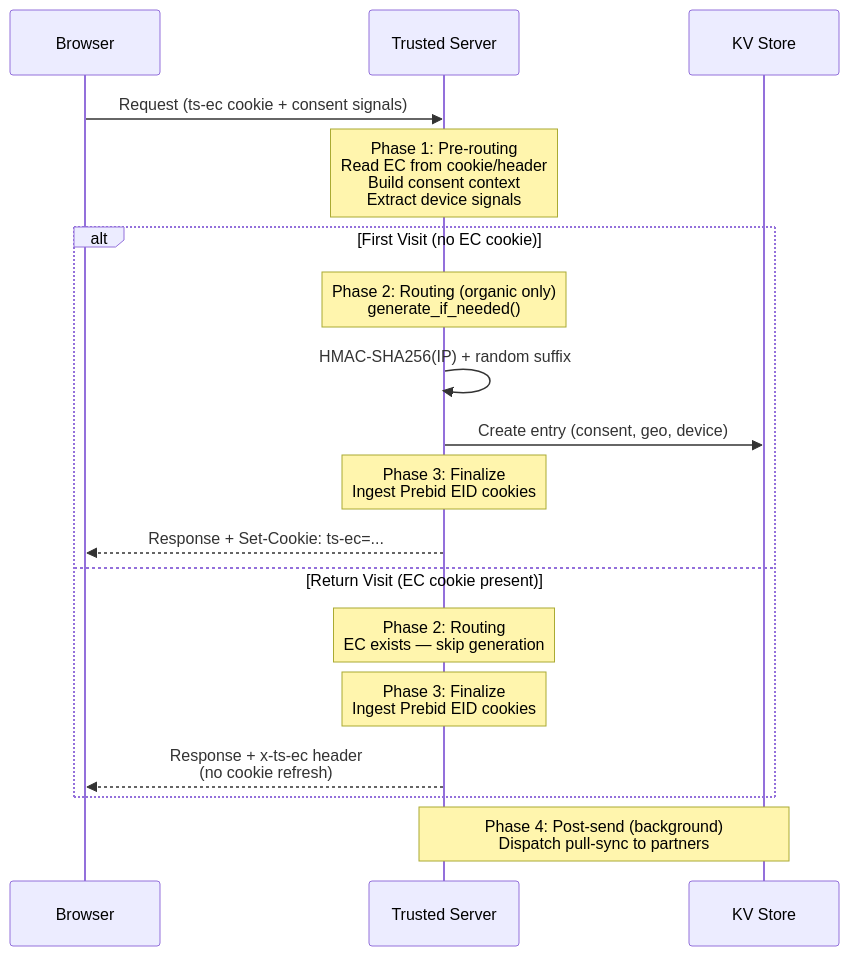
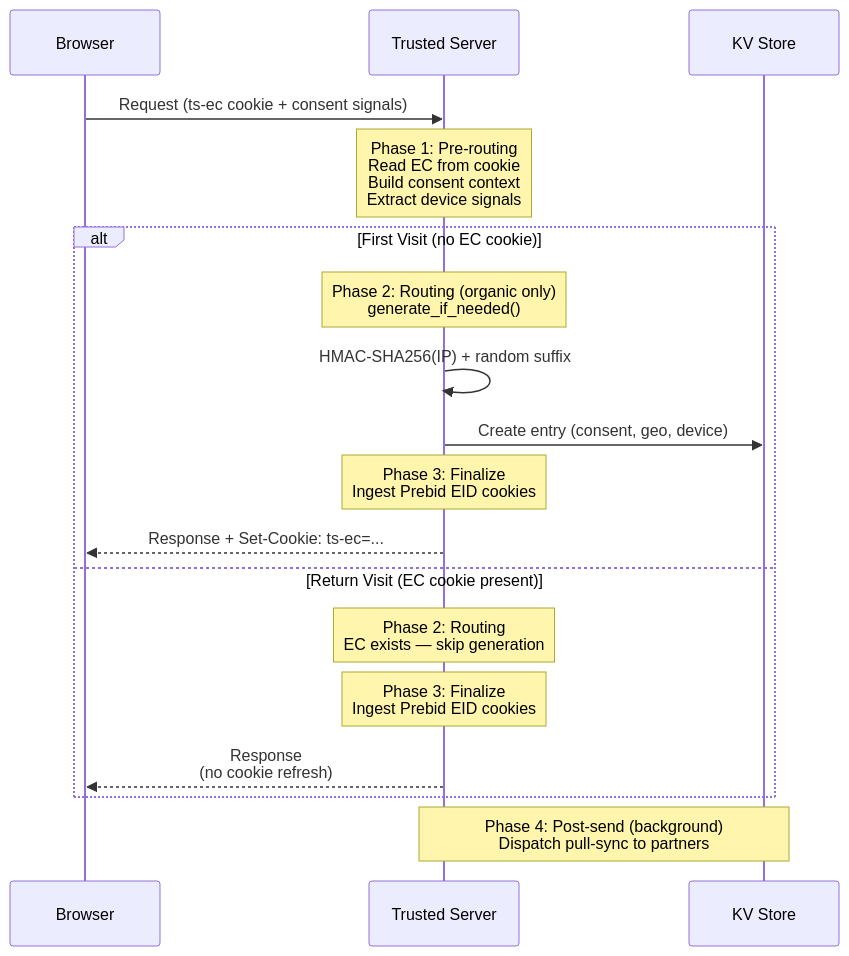
One commit to IABTechLab/trusted-server changed the first of 6 diagrams in docs/guide/edge-cookies.md. Above: the diagram before and after it, drawn with Mermaid. The commit also changed other lines of this file and 13 other files, not shown here.

````diff
--- a/docs/guide/edge-cookies.md
+++ b/docs/guide/edge-cookies.md
@@ -27,23 +27,23 @@
 ```mermaid
 sequenceDiagram
     participant B as Browser
     participant TS as Trusted Server
     participant KV as KV Store
 
     B->>TS: Request (ts-ec cookie + consent signals)
-    Note over TS: Phase 1: Pre-routing<br/>Read EC from cookie/header<br/>Build consent context<br/>Extract device signals
+    Note over TS: Phase 1: Pre-routing<br/>Read EC from cookie<br/>Build consent context<br/>Extract device signals
 
     alt First Visit (no EC cookie)
         Note over TS: Phase 2: Routing (organic only)<br/>generate_if_needed()
         TS->>TS: HMAC-SHA256(IP) + random suffix
         TS->>KV: Create entry (consent, geo, device)
         Note over TS: Phase 3: Finalize<br/>Ingest Prebid EID cookies
         TS-->>B: Response + Set-Cookie: ts-ec=...
     else Return Visit (EC cookie present)
         Note over TS: Phase 2: Routing<br/>EC exists — skip generation
         Note over TS: Phase 3: Finalize<br/>Ingest Prebid EID cookies
-        TS-->>B: Response + x-ts-ec header<br/>(no cookie refresh)
+        TS-->>B: Response<br/>(no cookie refresh)
     end
 
     Note over TS,KV: Phase 4: Post-send (background)<br/>Dispatch pull-sync to partners
 ```
````
